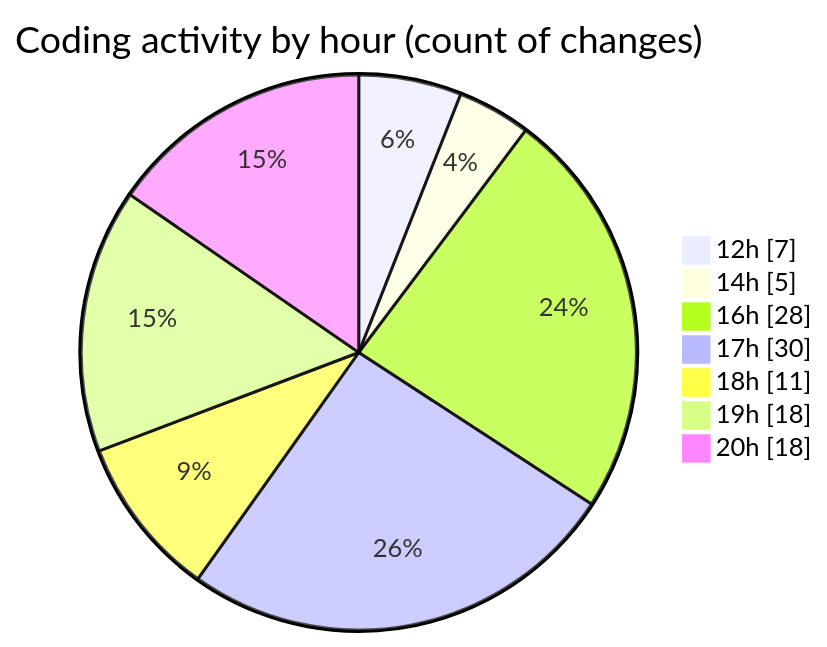
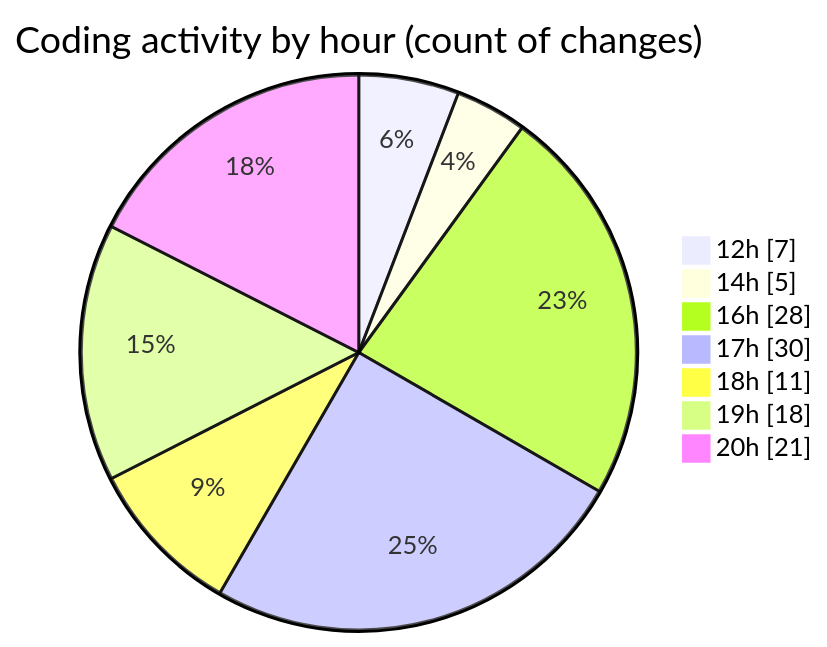
One commit to julien-gomy/code-tracking changed the second of 2 diagrams in 2025-10-06/eventscop-frontend-guide__workspace_/README.md. Above: the diagram before and after it, drawn with Mermaid. The commit also changed other lines of this file and 1 other file, not shown here.

````diff
--- a/2025-10-06/eventscop-frontend-guide__workspace_/README.md
+++ b/2025-10-06/eventscop-frontend-guide__workspace_/README.md
@@ -65,11 +67,11 @@
 ```mermaid
 pie showData
 title Coding activity by hour (count of changes)
 "12h" : 7
 "14h" : 5
 "16h" : 28
 "17h" : 30
 "18h" : 11
 "19h" : 18
-"20h" : 18
+"20h" : 21
 ```
````
